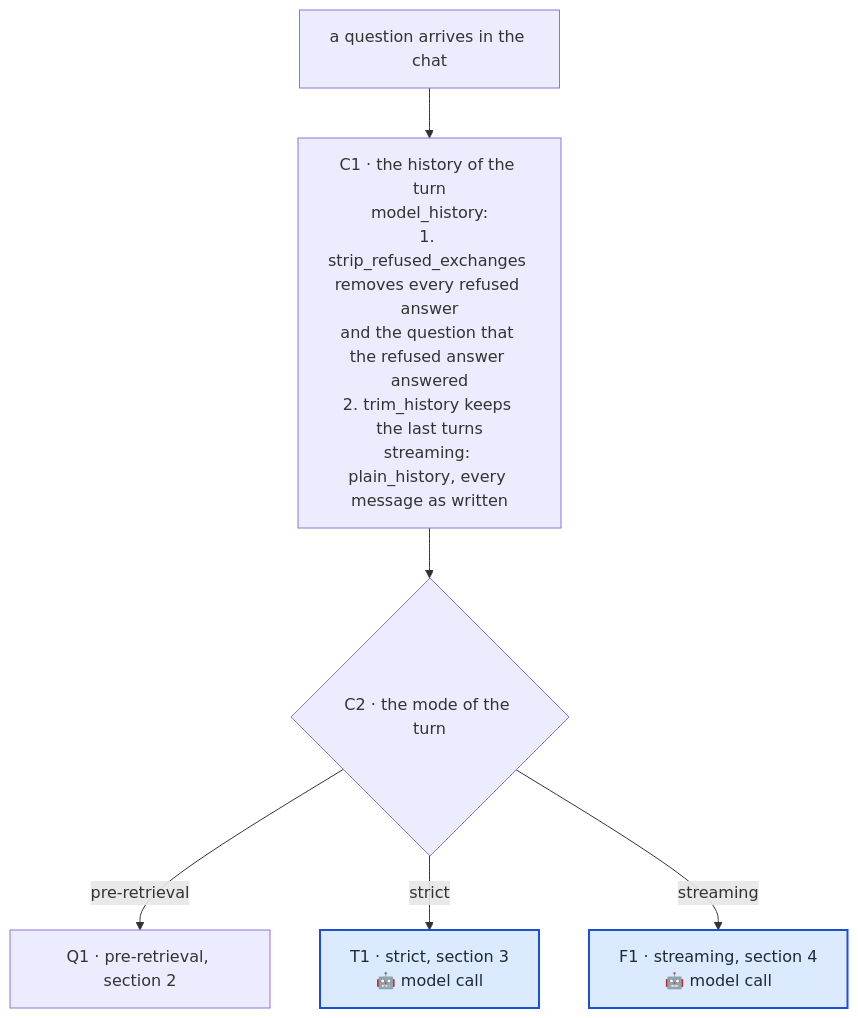
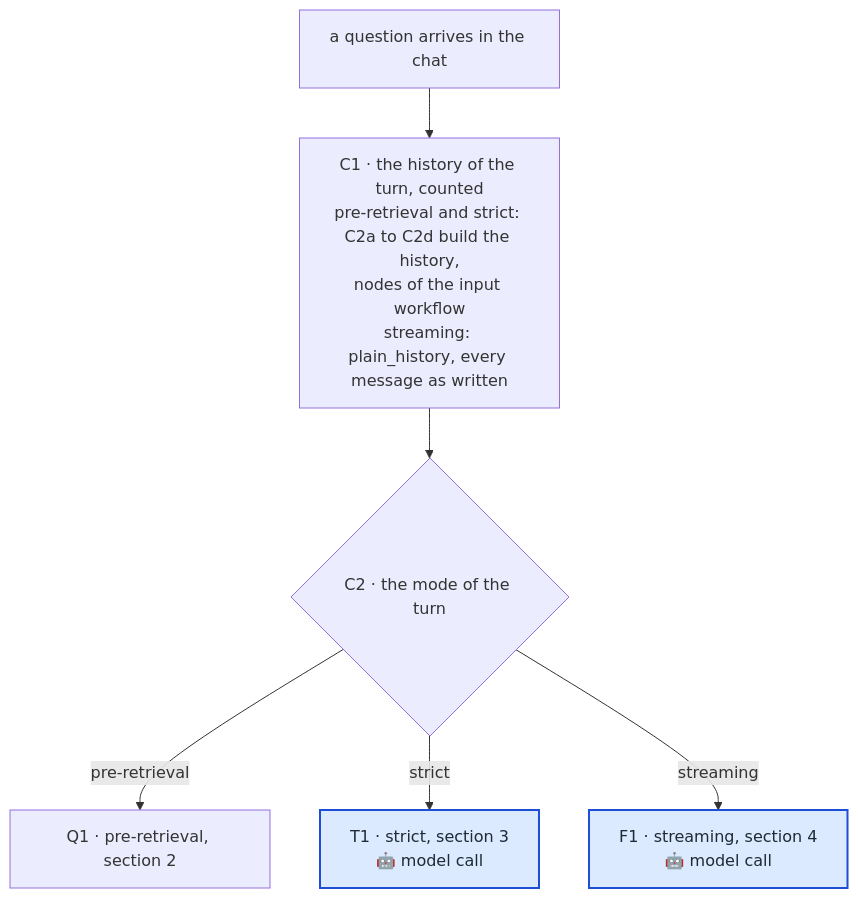
The first of 4 diagrams in docs/query_nodes.md (Clod/llmwiki-marimo), drawn with Mermaid before and after one commit. The commit also changed other lines of this file and 26 other files, not shown here.

First line of the commit message:
refactor(chat): one input and one output workflow per mode, built from a catalog of nodes

````diff
--- a/docs/query_nodes.md
+++ b/docs/query_nodes.md
@@ -64,15 +68,15 @@
 ```mermaid
 flowchart TD
     Q0["a question arrives in the chat"]
-    C1["C1 · the history of the turn<br/>model_history:<br/>1. strip_refused_exchanges removes every refused answer<br/>and the question that the refused answer answered<br/>2. trim_history keeps the last turns<br/>streaming: plain_history, every message as written"]
+    C1["C1 · the history of the turn, counted<br/>pre-retrieval and strict: C2a to C2d build the history,<br/>nodes of the input workflow<br/>streaming: plain_history, every message as written"]
     C2{"C2 · the mode of the turn"}
     P["Q1 · pre-retrieval, section 2"]
     S["T1 · strict, section 3<br/>🤖 model call"]
     F["F1 · streaming, section 4<br/>🤖 model call"]
     Q0 --> C1 --> C2
     C2 -->|pre-retrieval| P
     C2 -->|strict| S
     C2 -->|streaming| F
     classDef llm fill:#dbeafe,stroke:#1d4ed8,stroke-width:2px,color:#1f2937
     class S,F llm
 ```
````
